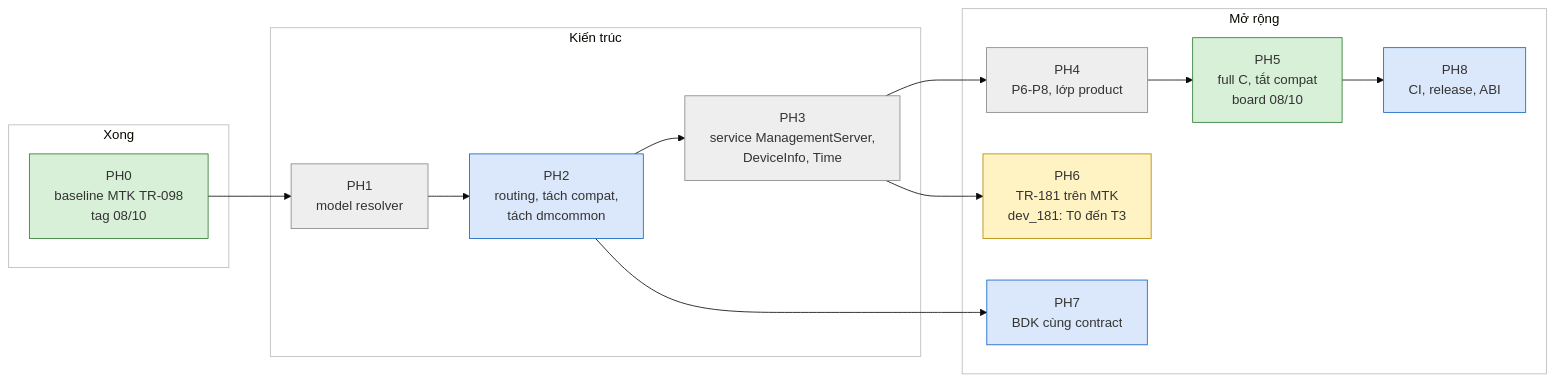
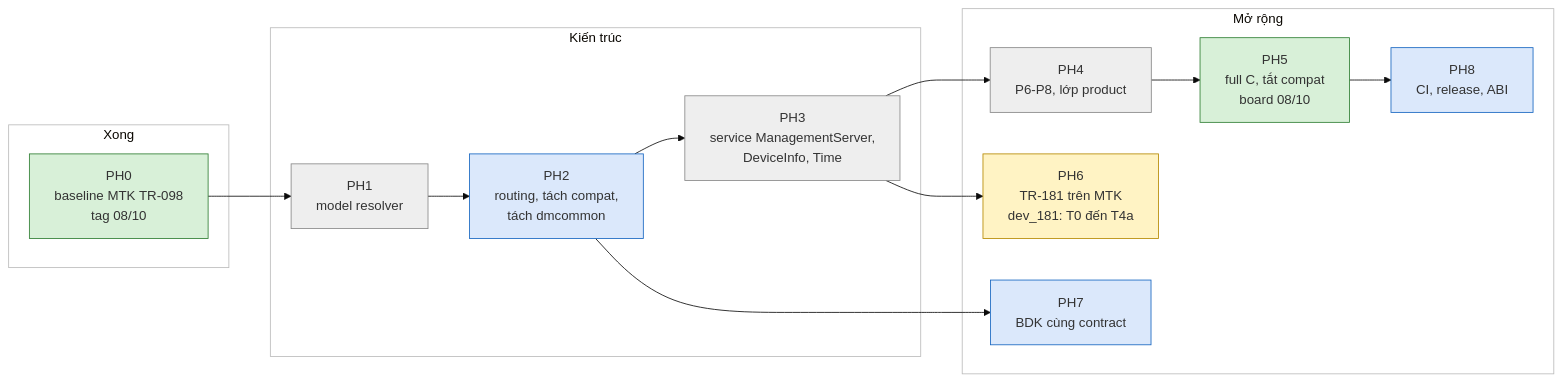
One commit to tunguyenvanbn94/icwmpMultiSdk changed the diagram in docs/handover/icwmp_progress_matrix.md. Above: the diagram before and after it, drawn with Mermaid (base theme). The commit also changed other lines of this file and 13 other files, not shown here.

````diff
--- a/docs/handover/icwmp_progress_matrix.md
+++ b/docs/handover/icwmp_progress_matrix.md
@@ -17,34 +17,34 @@
 ```mermaid
 flowchart LR
     subgraph NOW["Xong"]
         PH0["PH0<br/>baseline MTK TR-098<br/>tag 08/10"]
     end
     subgraph NEXT["Kiến trúc"]
         PH1["PH1<br/>model resolver"]
         PH2["PH2<br/>routing, tách compat,<br/>tách dmcommon"]
         PH3["PH3<br/>service ManagementServer,<br/>DeviceInfo, Time"]
     end
     subgraph LATER["Mở rộng"]
         PH4["PH4<br/>P6-P8, lớp product"]
         PH5["PH5<br/>full C, tắt compat<br/>board 08/10"]
-        PH6["PH6<br/>TR-181 trên MTK<br/>dev_181: T0 đến T3"]
+        PH6["PH6<br/>TR-181 trên MTK<br/>dev_181: T0 đến T4a"]
         PH7["PH7<br/>BDK cùng contract"]
         PH8["PH8<br/>CI, release, ABI"]
     end
     PH0 --> PH1 --> PH2 --> PH3 --> PH4 --> PH5
     PH3 --> PH6
     PH2 --> PH7
     PH5 --> PH8
     style NOW fill:#ffffff,stroke:#bbbbbb
     style NEXT fill:#ffffff,stroke:#bbbbbb
     style LATER fill:#ffffff,stroke:#bbbbbb
     style PH0 fill:#d8f0d8,stroke:#2e7d32
     style PH2 fill:#dbe8fb,stroke:#1565c0
     style PH7 fill:#dbe8fb,stroke:#1565c0
     style PH8 fill:#dbe8fb,stroke:#1565c0
     style PH1 fill:#eeeeee,stroke:#888888
     style PH3 fill:#eeeeee,stroke:#888888
     style PH4 fill:#eeeeee,stroke:#888888
     style PH5 fill:#d8f0d8,stroke:#2e7d32
     style PH6 fill:#fff3c4,stroke:#b58900
 ```
````
